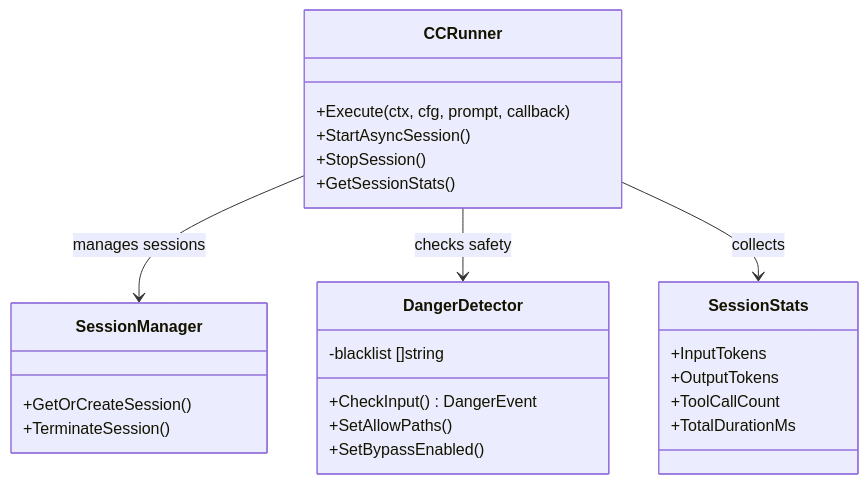
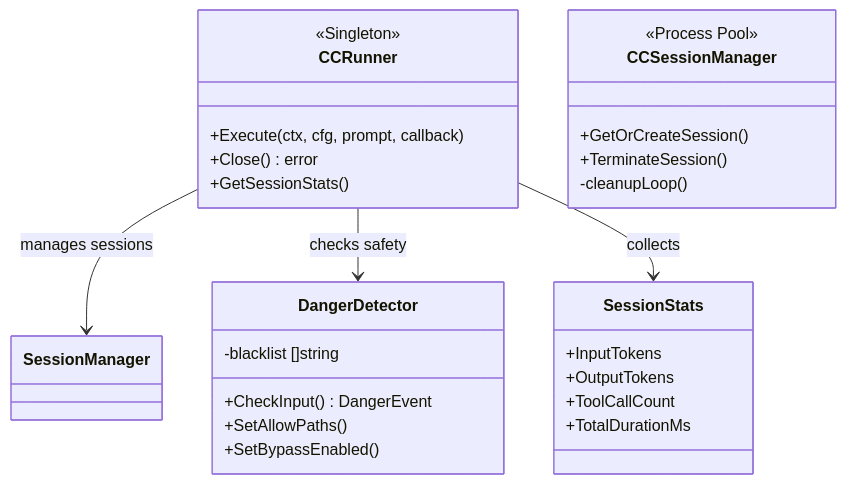
Before and after one commit to 88lin/divinesense: the diagram in ai/agents/runner/README.md, drawn with Mermaid. The commit also changed other lines of this file and 23 other files, not shown here.

````diff
--- a/ai/agents/runner/README.md
+++ b/ai/agents/runner/README.md
@@ -30,29 +30,31 @@
 ```mermaid
 classDiagram
     class CCRunner {
+        <<Singleton>>
         +Execute(ctx, cfg, prompt, callback)
-        +StartAsyncSession()
-        +StopSession()
+        +Close() error
         +GetSessionStats()
     }
-    class SessionManager {
+    class CCSessionManager {
+        <<Process Pool>>
         +GetOrCreateSession()
         +TerminateSession()
+        -cleanupLoop()
     }
     class DangerDetector {
         -blacklist []string
         +CheckInput() DangerEvent
         +SetAllowPaths()
         +SetBypassEnabled()
     }
     class SessionStats {
         +InputTokens
         +OutputTokens
         +ToolCallCount
         +TotalDurationMs
     }
 
     CCRunner --> SessionManager : manages sessions
     CCRunner --> DangerDetector : checks safety
     CCRunner --> SessionStats : collects
 ```
````
